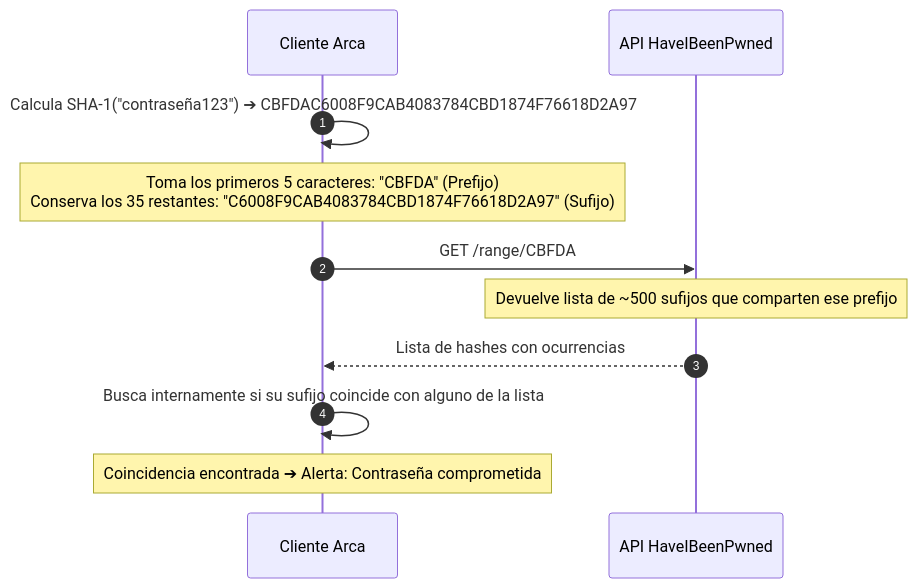
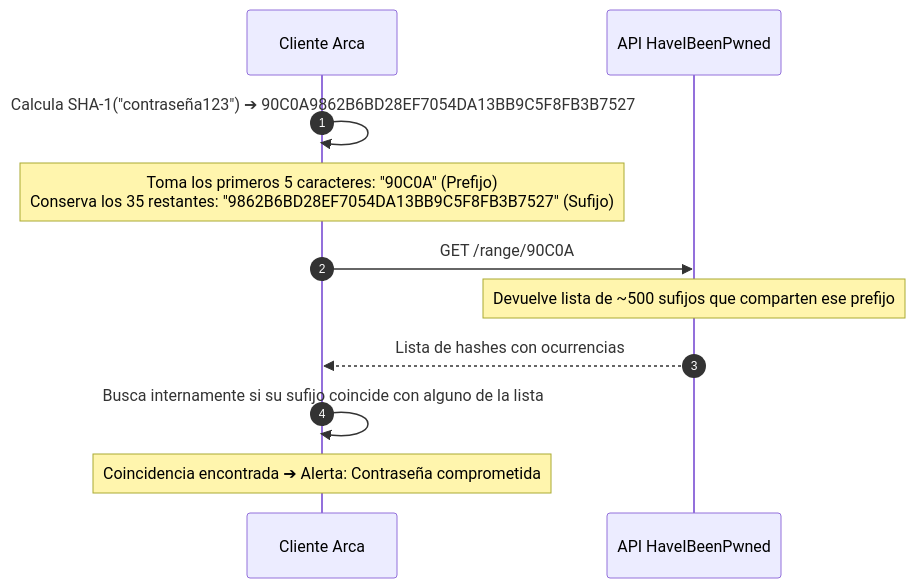
The fifth of 6 diagrams in PROCESOS_DEL_SISTEMA.md (Ikersk/Gestor_de_contrase-as_IS2), drawn with Mermaid before and after one commit. The commit also changed other lines of this file and 21 other files, not shown here.

````diff
--- a/PROCESOS_DEL_SISTEMA.md
+++ b/PROCESOS_DEL_SISTEMA.md
@@ -181,14 +192,14 @@
 ```mermaid
 sequenceDiagram
     autonumber
     participant C as Cliente Arca
     participant HIBP as API HaveIBeenPwned
 
-    C->>C: Calcula SHA-1("contraseña123") ➔ CBFDAC6008F9CAB4083784CBD1874F76618D2A97
-    Note over C: Toma los primeros 5 caracteres: "CBFDA" (Prefijo)<br/>Conserva los 35 restantes: "C6008F9CAB4083784CBD1874F76618D2A97" (Sufijo)
-    C->>HIBP: GET /range/CBFDA
+    C->>C: Calcula SHA-1("contraseña123") ➔ 90C0A9862B6BD28EF7054DA13BB9C5F8FB3B7527
+    Note over C: Toma los primeros 5 caracteres: "90C0A" (Prefijo)<br/>Conserva los 35 restantes: "9862B6BD28EF7054DA13BB9C5F8FB3B7527" (Sufijo)
+    C->>HIBP: GET /range/90C0A
     Note over HIBP: Devuelve lista de ~500 sufijos que comparten ese prefijo
     HIBP-->>C: Lista de hashes con ocurrencias
     C->>C: Busca internamente si su sufijo coincide con alguno de la lista
     Note over C: Coincidencia encontrada ➔ Alerta: Contraseña comprometida
 ```
````
